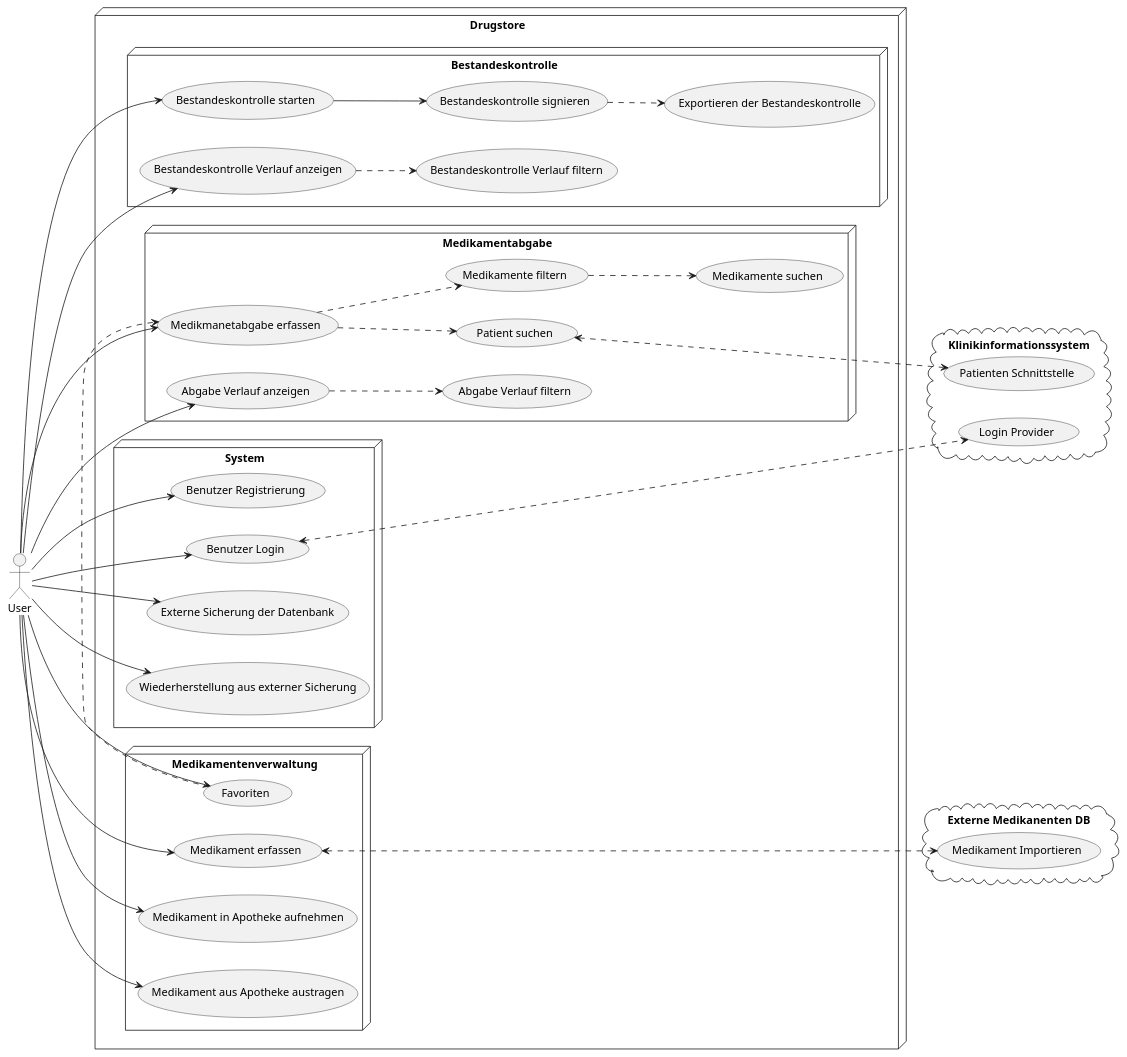
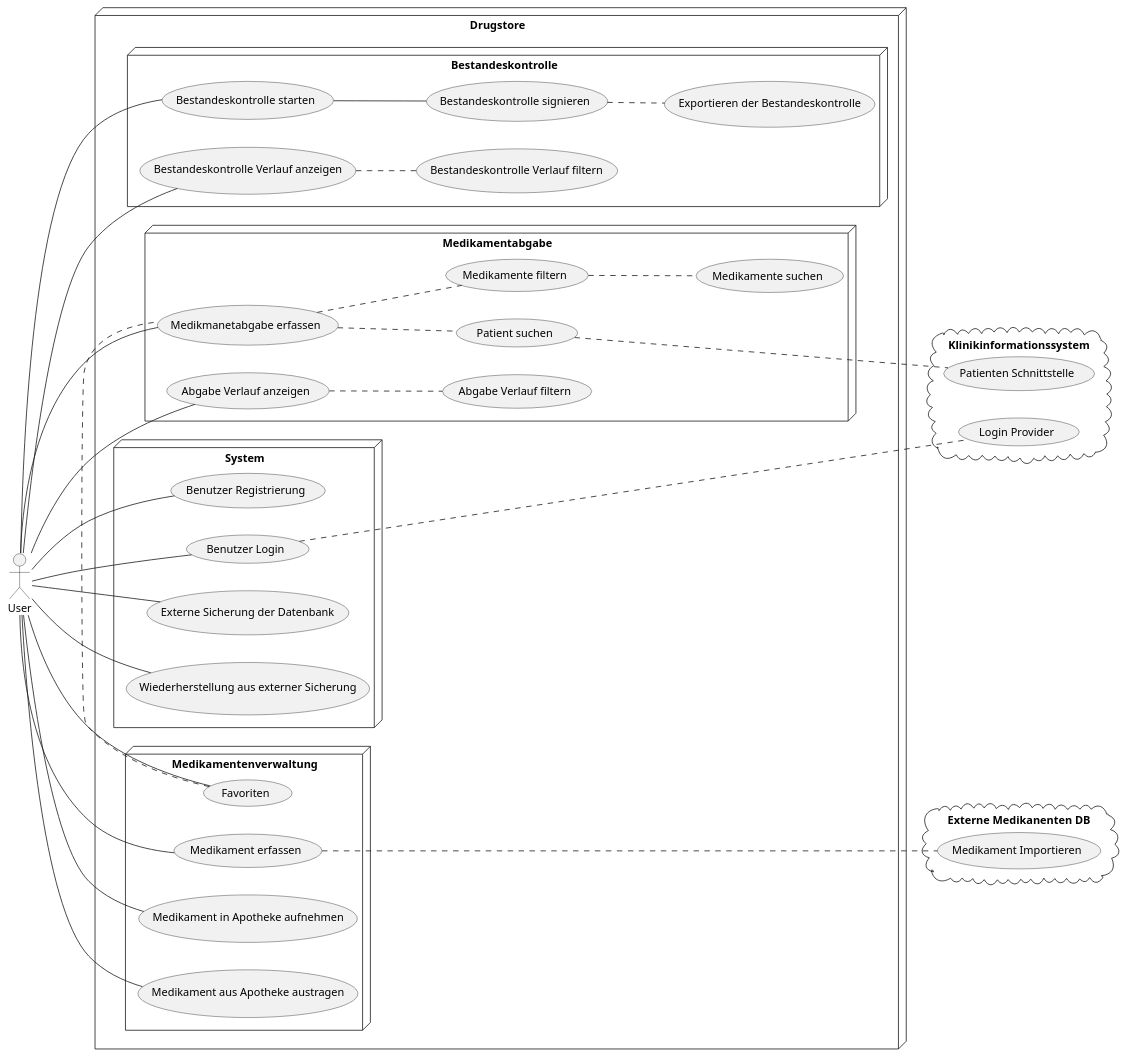
One commit to lucahost/drugstore changed the diagram in docs/use-cases/00_overview.puml. Above: the diagram before and after it, drawn with PlantUML. The commit also changed 2 other files, not shown here.

```diff
--- a/docs/use-cases/00_overview.puml
+++ b/docs/use-cases/00_overview.puml
@@ -1,77 +1,77 @@
 @startuml usecase-overview
 left to right direction
 node Drugstore {
 
     node System {
         usecase "Benutzer Registrierung" as UC11
         usecase "Benutzer Login" as UC12
         usecase "Externe Sicherung der Datenbank" as UC13
         usecase "Wiederherstellung aus externer Sicherung" as UC14
     }
 
     node Medikamentenverwaltung {
         usecase "Medikament erfassen" as UC21
         usecase "Medikament in Apotheke aufnehmen" as UC22
         usecase "Medikament aus Apotheke austragen" as UC23
         usecase "Favoriten" as UC24
     }
 
     node Medikamentabgabe {
         usecase "Medikmanetabgabe erfassen" as UC31
         usecase "Medikamente filtern" as UC32
         usecase "Medikamente suchen" as UC33
         usecase "Patient suchen" as UC34
         usecase "Abgabe Verlauf anzeigen" as UC35
         usecase "Abgabe Verlauf filtern" as UC36
     }
 
     node Bestandeskontrolle {
         usecase "Bestandeskontrolle starten" as UC41
         usecase "Bestandeskontrolle signieren" as UC42
         usecase "Exportieren der Bestandeskontrolle" as UC43
         usecase "Bestandeskontrolle Verlauf anzeigen" as UC44
         usecase "Bestandeskontrolle Verlauf filtern" as UC45
     }
 }
 cloud "Klinikinformationssystem" {
     usecase "Login Provider" as LoginProvider
     usecase "Patienten Schnittstelle" as PatientInterface
 }
 cloud "Externe Medikanenten DB" {
     usecase "Medikament Importieren" as DrugImport
 }
 
 
 
-:User: -> UC11
-:User: -> UC12
-:User: -> UC13
-:User: -> UC14
+:User: - UC11
+:User: - UC12
+:User: - UC13
+:User: - UC14
 
-:User: ---> UC21
-:User: ---> UC22
-:User: ---> UC23
-:User: ---> UC24
+:User: --- UC21
+:User: --- UC22
+:User: --- UC23
+:User: --- UC24
 
-:User: ---> UC31
-:User: ---> UC35
+:User: --- UC31
+:User: --- UC35
 
-:User: -> UC41
-:User: -> UC44
+:User: - UC41
+:User: - UC44
 
-UC24 .> UC31
+UC24 . UC31
 
-UC31 ..> UC32
-UC32 ..> UC33
-UC31 ..> UC34
-UC35 ..> UC36
+UC31 .. UC32
+UC32 .. UC33
+UC31 .. UC34
+UC35 .. UC36
 
-UC41 --> UC42
-UC42 ..> UC43
-UC44 ..> UC45
+UC41 -- UC42
+UC42 .. UC43
+UC44 .. UC45
 
-UC12 <...> LoginProvider
-UC21 <....> DrugImport
-UC34 <...> PatientInterface
+UC12 ... LoginProvider
+UC21 .... DrugImport
+UC34 ... PatientInterface
 
 @enduml
```
